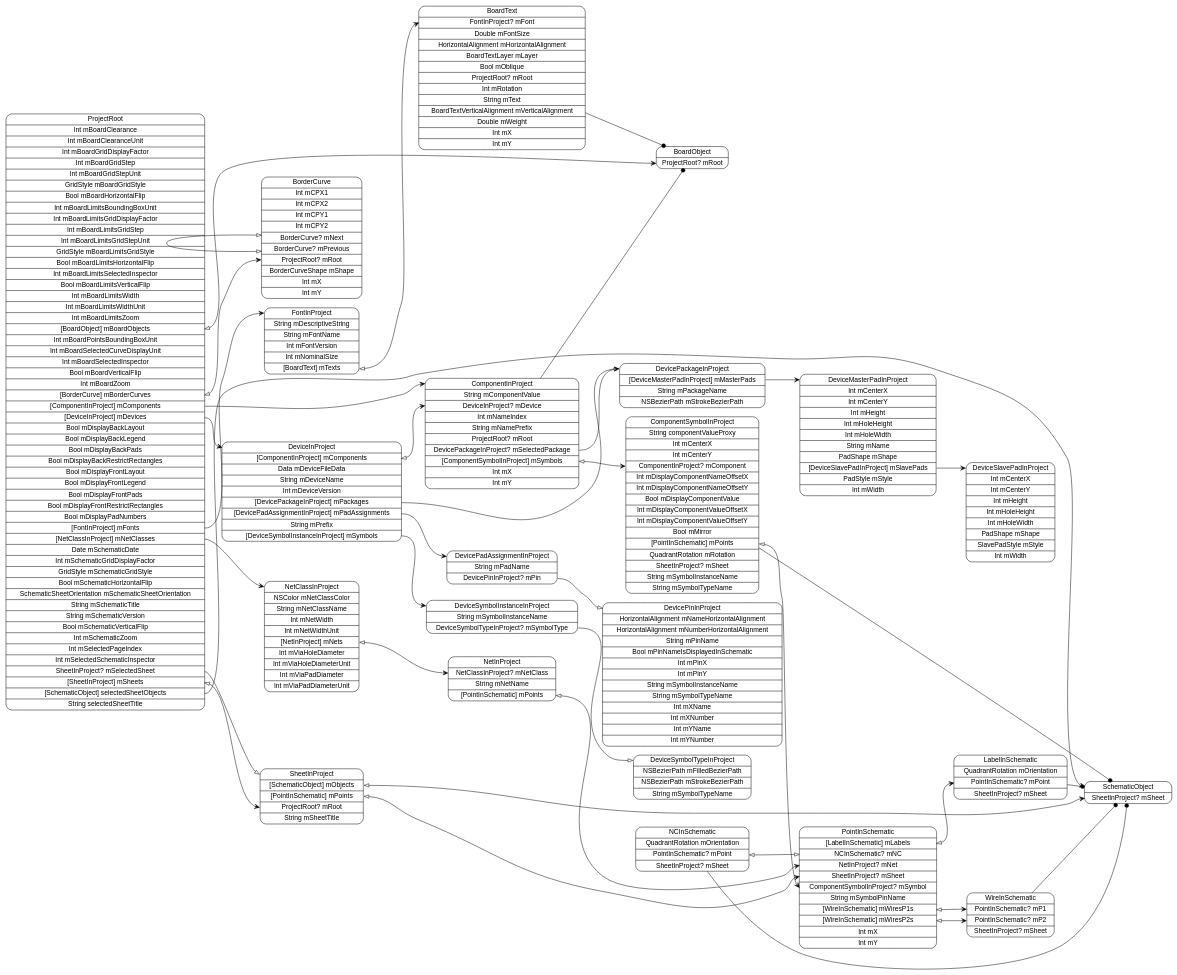
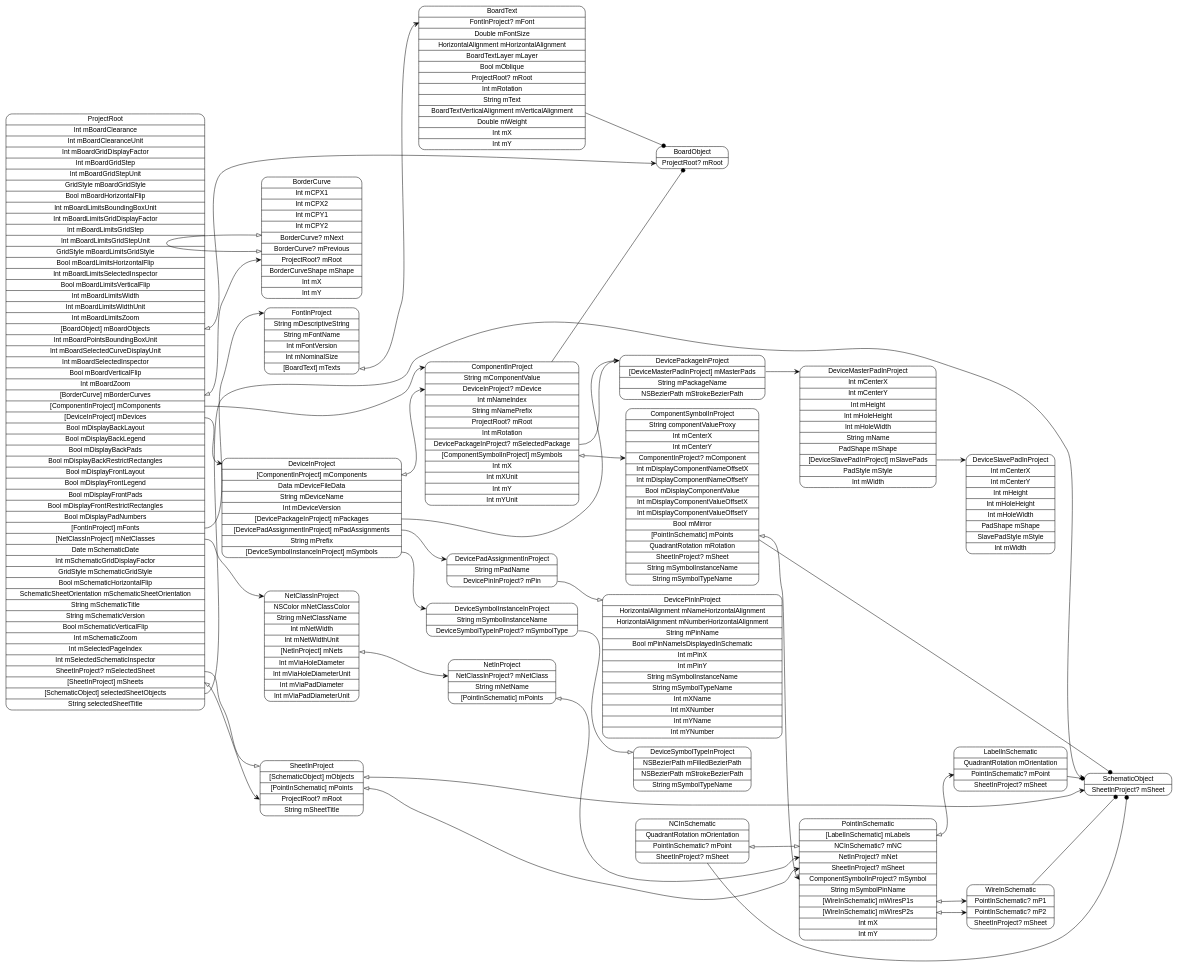
One commit to pierremolinaro/ElCanari-dev changed the diagram in models/ProjectRoot.dot. Above: the diagram before and after it, drawn with Graphviz. The commit also changed 18 other files, not shown here.

Commit message:
Package in board rotation

```diff
--- a/models/ProjectRoot.dot
+++ b/models/ProjectRoot.dot
@@ -1,63 +1,63 @@
 digraph G {
   rankdir=LR ;
   node [shape=record fontname=helvetica style=rounded] ;
   ProjectRoot[label="<ProjectRoot>ProjectRoot|Int mBoardClearance|Int mBoardClearanceUnit|Int mBoardGridDisplayFactor|Int mBoardGridStep|Int mBoardGridStepUnit|GridStyle mBoardGridStyle|Bool mBoardHorizontalFlip|Int mBoardLimitsBoundingBoxUnit|Int mBoardLimitsGridDisplayFactor|Int mBoardLimitsGridStep|Int mBoardLimitsGridStepUnit|GridStyle mBoardLimitsGridStyle|Bool mBoardLimitsHorizontalFlip|Int mBoardLimitsSelectedInspector|Bool mBoardLimitsVerticalFlip|Int mBoardLimitsWidth|Int mBoardLimitsWidthUnit|Int mBoardLimitsZoom|<mBoardObjects>[BoardObject] mBoardObjects|Int mBoardPointsBoundingBoxUnit|Int mBoardSelectedCurveDisplayUnit|Int mBoardSelectedInspector|Bool mBoardVerticalFlip|Int mBoardZoom|<mBorderCurves>[BorderCurve] mBorderCurves|<mComponents>[ComponentInProject] mComponents|<mDevices>[DeviceInProject] mDevices|Bool mDisplayBackLayout|Bool mDisplayBackLegend|Bool mDisplayBackPads|Bool mDisplayBackRestrictRectangles|Bool mDisplayFrontLayout|Bool mDisplayFrontLegend|Bool mDisplayFrontPads|Bool mDisplayFrontRestrictRectangles|Bool mDisplayPadNumbers|<mFonts>[FontInProject] mFonts|<mNetClasses>[NetClassInProject] mNetClasses|Date mSchematicDate|Int mSchematicGridDisplayFactor|GridStyle mSchematicGridStyle|Bool mSchematicHorizontalFlip|SchematicSheetOrientation mSchematicSheetOrientation|String mSchematicTitle|String mSchematicVersion|Bool mSchematicVerticalFlip|Int mSchematicZoom|Int mSelectedPageIndex|Int mSelectedSchematicInspector|<mSelectedSheet>SheetInProject? mSelectedSheet|<mSheets>[SheetInProject] mSheets|<selectedSheetObjects>[SchematicObject] selectedSheetObjects|String selectedSheetTitle"] ;
   SchematicObject[label="<SchematicObject>SchematicObject|<mSheet>SheetInProject? mSheet"] ;
   SheetInProject[label="<SheetInProject>SheetInProject|<mObjects>[SchematicObject] mObjects|<mPoints>[PointInSchematic] mPoints|<mRoot>ProjectRoot? mRoot|String mSheetTitle"] ;
   PointInSchematic[label="<PointInSchematic>PointInSchematic|<mLabels>[LabelInSchematic] mLabels|<mNC>NCInSchematic? mNC|<mNet>NetInProject? mNet|<mSheet>SheetInProject? mSheet|<mSymbol>ComponentSymbolInProject? mSymbol|String mSymbolPinName|<mWiresP1s>[WireInSchematic] mWiresP1s|<mWiresP2s>[WireInSchematic] mWiresP2s|Int mX|Int mY"] ;
   WireInSchematic[label="<WireInSchematic>WireInSchematic|<mP1>PointInSchematic? mP1|<mP2>PointInSchematic? mP2|<mSheet>SheetInProject? mSheet"] ;
   NCInSchematic[label="<NCInSchematic>NCInSchematic|QuadrantRotation mOrientation|<mPoint>PointInSchematic? mPoint|<mSheet>SheetInProject? mSheet"] ;
   LabelInSchematic[label="<LabelInSchematic>LabelInSchematic|QuadrantRotation mOrientation|<mPoint>PointInSchematic? mPoint|<mSheet>SheetInProject? mSheet"] ;
   NetClassInProject[label="<NetClassInProject>NetClassInProject|NSColor mNetClassColor|String mNetClassName|Int mNetWidth|Int mNetWidthUnit|<mNets>[NetInProject] mNets|Int mViaHoleDiameter|Int mViaHoleDiameterUnit|Int mViaPadDiameter|Int mViaPadDiameterUnit"] ;
   NetInProject[label="<NetInProject>NetInProject|<mNetClass>NetClassInProject? mNetClass|String mNetName|<mPoints>[PointInSchematic] mPoints"] ;
   FontInProject[label="<FontInProject>FontInProject|String mDescriptiveString|String mFontName|Int mFontVersion|Int mNominalSize|<mTexts>[BoardText] mTexts"] ;
   BoardText[label="<BoardText>BoardText|<mFont>FontInProject? mFont|Double mFontSize|HorizontalAlignment mHorizontalAlignment|BoardTextLayer mLayer|Bool mOblique|<mRoot>ProjectRoot? mRoot|Int mRotation|String mText|BoardTextVerticalAlignment mVerticalAlignment|Double mWeight|Int mX|Int mY"] ;
   DeviceInProject[label="<DeviceInProject>DeviceInProject|<mComponents>[ComponentInProject] mComponents|Data mDeviceFileData|String mDeviceName|Int mDeviceVersion|<mPackages>[DevicePackageInProject] mPackages|<mPadAssignments>[DevicePadAssignmentInProject] mPadAssignments|String mPrefix|<mSymbols>[DeviceSymbolInstanceInProject] mSymbols"] ;
   DeviceSymbolInstanceInProject[label="<DeviceSymbolInstanceInProject>DeviceSymbolInstanceInProject|String mSymbolInstanceName|<mSymbolType>DeviceSymbolTypeInProject? mSymbolType"] ;
   DeviceSymbolTypeInProject[label="<DeviceSymbolTypeInProject>DeviceSymbolTypeInProject|NSBezierPath mFilledBezierPath|NSBezierPath mStrokeBezierPath|String mSymbolTypeName"] ;
   DevicePadAssignmentInProject[label="<DevicePadAssignmentInProject>DevicePadAssignmentInProject|String mPadName|<mPin>DevicePinInProject? mPin"] ;
   DevicePinInProject[label="<DevicePinInProject>DevicePinInProject|HorizontalAlignment mNameHorizontalAlignment|HorizontalAlignment mNumberHorizontalAlignment|String mPinName|Bool mPinNameIsDisplayedInSchematic|Int mPinX|Int mPinY|String mSymbolInstanceName|String mSymbolTypeName|Int mXName|Int mXNumber|Int mYName|Int mYNumber"] ;
   DevicePackageInProject[label="<DevicePackageInProject>DevicePackageInProject|<mMasterPads>[DeviceMasterPadInProject] mMasterPads|String mPackageName|NSBezierPath mStrokeBezierPath"] ;
   DeviceMasterPadInProject[label="<DeviceMasterPadInProject>DeviceMasterPadInProject|Int mCenterX|Int mCenterY|Int mHeight|Int mHoleHeight|Int mHoleWidth|String mName|PadShape mShape|<mSlavePads>[DeviceSlavePadInProject] mSlavePads|PadStyle mStyle|Int mWidth"] ;
   DeviceSlavePadInProject[label="<DeviceSlavePadInProject>DeviceSlavePadInProject|Int mCenterX|Int mCenterY|Int mHeight|Int mHoleHeight|Int mHoleWidth|PadShape mShape|SlavePadStyle mStyle|Int mWidth"] ;
-  ComponentInProject[label="<ComponentInProject>ComponentInProject|String mComponentValue|<mDevice>DeviceInProject? mDevice|Int mNameIndex|String mNamePrefix|<mRoot>ProjectRoot? mRoot|<mSelectedPackage>DevicePackageInProject? mSelectedPackage|<mSymbols>[ComponentSymbolInProject] mSymbols|Int mX|Int mY"] ;
+  ComponentInProject[label="<ComponentInProject>ComponentInProject|String mComponentValue|<mDevice>DeviceInProject? mDevice|Int mNameIndex|String mNamePrefix|<mRoot>ProjectRoot? mRoot|Int mRotation|<mSelectedPackage>DevicePackageInProject? mSelectedPackage|<mSymbols>[ComponentSymbolInProject] mSymbols|Int mX|Int mXUnit|Int mY|Int mYUnit"] ;
   ComponentSymbolInProject[label="<ComponentSymbolInProject>ComponentSymbolInProject|String componentValueProxy|Int mCenterX|Int mCenterY|<mComponent>ComponentInProject? mComponent|Int mDisplayComponentNameOffsetX|Int mDisplayComponentNameOffsetY|Bool mDisplayComponentValue|Int mDisplayComponentValueOffsetX|Int mDisplayComponentValueOffsetY|Bool mMirror|<mPoints>[PointInSchematic] mPoints|QuadrantRotation mRotation|<mSheet>SheetInProject? mSheet|String mSymbolInstanceName|String mSymbolTypeName"] ;
   BorderCurve[label="<BorderCurve>BorderCurve|Int mCPX1|Int mCPX2|Int mCPY1|Int mCPY2|<mNext>BorderCurve? mNext|<mPrevious>BorderCurve? mPrevious|<mRoot>ProjectRoot? mRoot|BorderCurveShape mShape|Int mX|Int mY"] ;
   BoardObject[label="<BoardObject>BoardObject|<mRoot>ProjectRoot? mRoot"] ;
   ProjectRoot:mBoardObjects -> BoardObject:mRoot [dir=both arrowtail=onormal arrowhead=vee] ;
   ProjectRoot:mBorderCurves -> BorderCurve:mRoot [dir=both arrowtail=onormal arrowhead=vee] ;
   ProjectRoot:mComponents -> ComponentInProject:ComponentInProject [dir=both arrowtail=none arrowhead=vee] ;
   ProjectRoot:mDevices -> DeviceInProject:DeviceInProject [dir=both arrowtail=none arrowhead=vee] ;
   ProjectRoot:mFonts -> FontInProject:FontInProject [dir=both arrowtail=none arrowhead=vee] ;
   ProjectRoot:mNetClasses -> NetClassInProject:NetClassInProject [dir=both arrowtail=none arrowhead=vee] ;
   ProjectRoot:mSelectedSheet -> SheetInProject:SheetInProject [dir=both arrowtail=none arrowhead=onormal] ;
   ProjectRoot:mSheets -> SheetInProject:mRoot [dir=both arrowtail=onormal arrowhead=vee] ;
   ProjectRoot:selectedSheetObjects -> SchematicObject:SchematicObject [dir=both arrowtail=none arrowhead=vee] ;
   SheetInProject:mObjects -> SchematicObject:mSheet [dir=both arrowtail=onormal arrowhead=vee] ;
   SheetInProject:mPoints -> PointInSchematic:mSheet [dir=both arrowtail=onormal arrowhead=vee] ;
   PointInSchematic:mLabels -> LabelInSchematic:mPoint [dir=both arrowtail=onormal arrowhead=vee] ;
   PointInSchematic:mWiresP1s -> WireInSchematic:mP1 [dir=both arrowtail=onormal arrowhead=vee] ;
   PointInSchematic:mWiresP2s -> WireInSchematic:mP2 [dir=both arrowtail=onormal arrowhead=vee] ;
   WireInSchematic -> SchematicObject [arrowhead=dot] ;
   NCInSchematic -> SchematicObject [arrowhead=dot] ;
   NCInSchematic:mPoint -> PointInSchematic:mNC [dir=both arrowtail=onormal arrowhead=onormal] ;
   LabelInSchematic -> SchematicObject [arrowhead=dot] ;
   NetClassInProject:mNets -> NetInProject:mNetClass [dir=both arrowtail=onormal arrowhead=vee] ;
   NetInProject:mPoints -> PointInSchematic:mNet [dir=both arrowtail=onormal arrowhead=vee] ;
   FontInProject:mTexts -> BoardText:mFont [dir=both arrowtail=onormal arrowhead=vee] ;
   BoardText -> BoardObject [arrowhead=dot] ;
   DeviceInProject:mComponents -> ComponentInProject:mDevice [dir=both arrowtail=onormal arrowhead=vee] ;
   DeviceInProject:mPackages -> DevicePackageInProject:DevicePackageInProject [dir=both arrowtail=none arrowhead=vee] ;
   DeviceInProject:mPadAssignments -> DevicePadAssignmentInProject:DevicePadAssignmentInProject [dir=both arrowtail=none arrowhead=vee] ;
   DeviceInProject:mSymbols -> DeviceSymbolInstanceInProject:DeviceSymbolInstanceInProject [dir=both arrowtail=none arrowhead=vee] ;
   DeviceSymbolInstanceInProject:mSymbolType -> DeviceSymbolTypeInProject:DeviceSymbolTypeInProject [dir=both arrowtail=none arrowhead=onormal] ;
   DevicePadAssignmentInProject:mPin -> DevicePinInProject:DevicePinInProject [dir=both arrowtail=none arrowhead=onormal] ;
   DevicePackageInProject:mMasterPads -> DeviceMasterPadInProject:DeviceMasterPadInProject [dir=both arrowtail=none arrowhead=vee] ;
   DeviceMasterPadInProject:mSlavePads -> DeviceSlavePadInProject:DeviceSlavePadInProject [dir=both arrowtail=none arrowhead=vee] ;
   ComponentInProject -> BoardObject [arrowhead=dot] ;
   ComponentInProject:mSelectedPackage -> DevicePackageInProject:DevicePackageInProject [dir=both arrowtail=none arrowhead=onormal] ;
   ComponentInProject:mSymbols -> ComponentSymbolInProject:mComponent [dir=both arrowtail=onormal arrowhead=vee] ;
   ComponentSymbolInProject -> SchematicObject [arrowhead=dot] ;
   ComponentSymbolInProject:mPoints -> PointInSchematic:mSymbol [dir=both arrowtail=onormal arrowhead=vee] ;
   BorderCurve:mPrevious -> BorderCurve:mNext [dir=both arrowtail=onormal arrowhead=onormal] ;
 }
```
